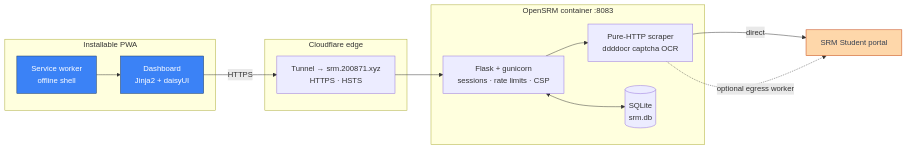
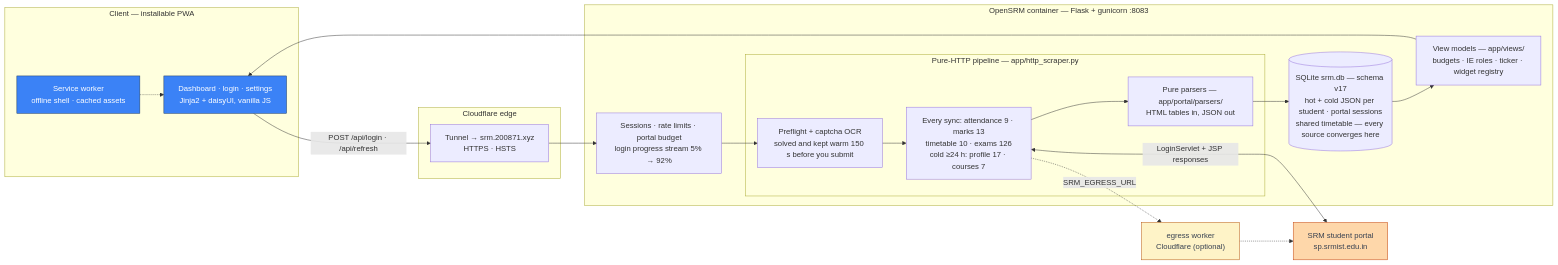
Before and after one commit to thenabbu/OpenSRM: the diagram in README.md, drawn with Mermaid. The commit also changed other lines of this file, not shown here.

Commit message:
docs(readme): dedicated Architecture section — full portal-to-pixel data-flow diagram
Replaces the edge-level box diagram with the internals pipeline: browser ->
tunnel -> sessions/rate limits -> preflight+captcha OCR -> hot/cold form fetch
(formIds 9/13/10/126 hot, 17/7 cold >=24h, verified against http_scraper
HOT_FORMIDS/COLD_FORMIDS) -> pure parsers -> SQLite srm.db (the convergence
point) -> view models -> back to the browser, plus the optional egress worker.
Mermaid syntax render-verified on the branch page; test_audit_findings 72/72
(open4rm-v37 still exactly one occurrence).

````diff
--- a/README.md
+++ b/README.md
@@ -157,28 +162,44 @@
 ```mermaid
 flowchart LR
-    subgraph client["Installable PWA"]
-        UI["Dashboard<br/>Jinja2 + daisyUI"]
-        SW["Service worker<br/>offline shell"]
+    subgraph client["Client — installable PWA"]
+        UI["Dashboard · login · settings<br/>Jinja2 + daisyUI, vanilla JS"]
+        SW["Service worker<br/>offline shell · cached assets"]
     end
+
     subgraph edge["Cloudflare edge"]
         TUN["Tunnel → srm.200871.xyz<br/>HTTPS · HSTS"]
     end
-    subgraph app["OpenSRM container :8083"]
-        FL["Flask + gunicorn<br/>sessions · rate limits · CSP"]
-        SCR["Pure-HTTP scraper<br/>ddddocr captcha OCR"]
-        DB[("SQLite<br/>srm.db")]
+
+    subgraph app["OpenSRM container — Flask + gunicorn :8083"]
+        AUTH["Sessions · rate limits · portal budget<br/>login progress stream 5% → 92%"]
+        subgraph pipe["Pure-HTTP pipeline — app/http_scraper.py"]
+            LOGIN["Preflight + captcha OCR<br/>solved and kept warm 150 s before you submit"]
+            FETCH["Every sync: attendance 9 · marks 13<br/>timetable 10 · exams 126<br/>cold ≥24 h: profile 17 · courses 7"]
+            PARSE["Pure parsers — app/portal/parsers/<br/>HTML tables in, JSON out"]
+        end
+        DB[("SQLite srm.db — schema v17<br/>hot + cold JSON per student · portal sessions<br/>shared timetable — every source converges here")]
+        VIEWS["View models — app/views/<br/>budgets · IE roles · ticker · widget registry"]
     end
-    P["SRM Student portal"]
 
-    UI -->|HTTPS| TUN --> FL
-    SW --> UI
-    FL <--> DB
-    FL --> SCR
-    SCR -->|"direct"| P
-    SCR -.->|"optional egress worker"| P
+    P["SRM student portal<br/>sp.srmist.edu.in"]
+
+    UI -->|"POST /api/login · /api/refresh"| TUN
+    TUN --> AUTH
+    AUTH --> LOGIN
+    LOGIN --> FETCH
+    FETCH <-->|"LoginServlet + JSP responses"| P
+    FETCH --> PARSE
+    PARSE --> DB
+    DB --> VIEWS
+    VIEWS --> UI
+    SW -.-> UI
+    FETCH -.->|"SRM_EGRESS_URL"| EG["egress worker<br/>Cloudflare (optional)"]
+    EG -.-> P
 
     classDef client fill:#3b82f6,stroke:#1e3a5f,color:#fff
     classDef ext fill:#fed7aa,stroke:#c2410c,color:#374151
+    classDef opt fill:#fef3c7,stroke:#b45309,color:#374151
     class UI,SW client
     class P ext
+    class EG opt
 ```
````
